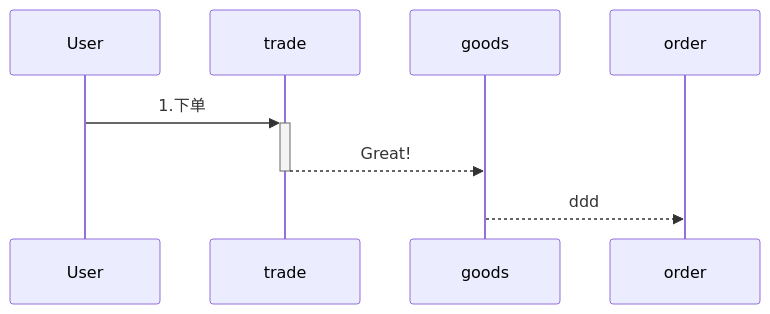
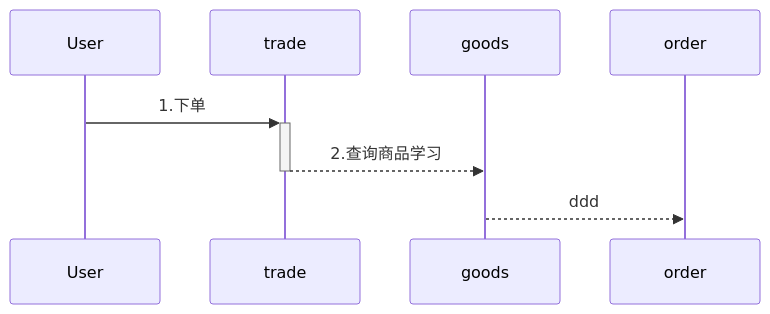
The diagram in all/未命名-6.md (yingjianzh/iodraw-files), drawn with Mermaid before and after one commit.

Commit message:
2024-08-19 14:58:51 update

````diff
--- a/all/未命名-6.md
+++ b/all/未命名-6.md
@@ -1,6 +1,6 @@
 ```mermaid
 sequenceDiagram
     User->>+trade: 1.下单
-    trade-->>-goods: Great!
+    trade-->>-goods: 2.查询商品学习
     goods-->>order: ddd
 ```
````
